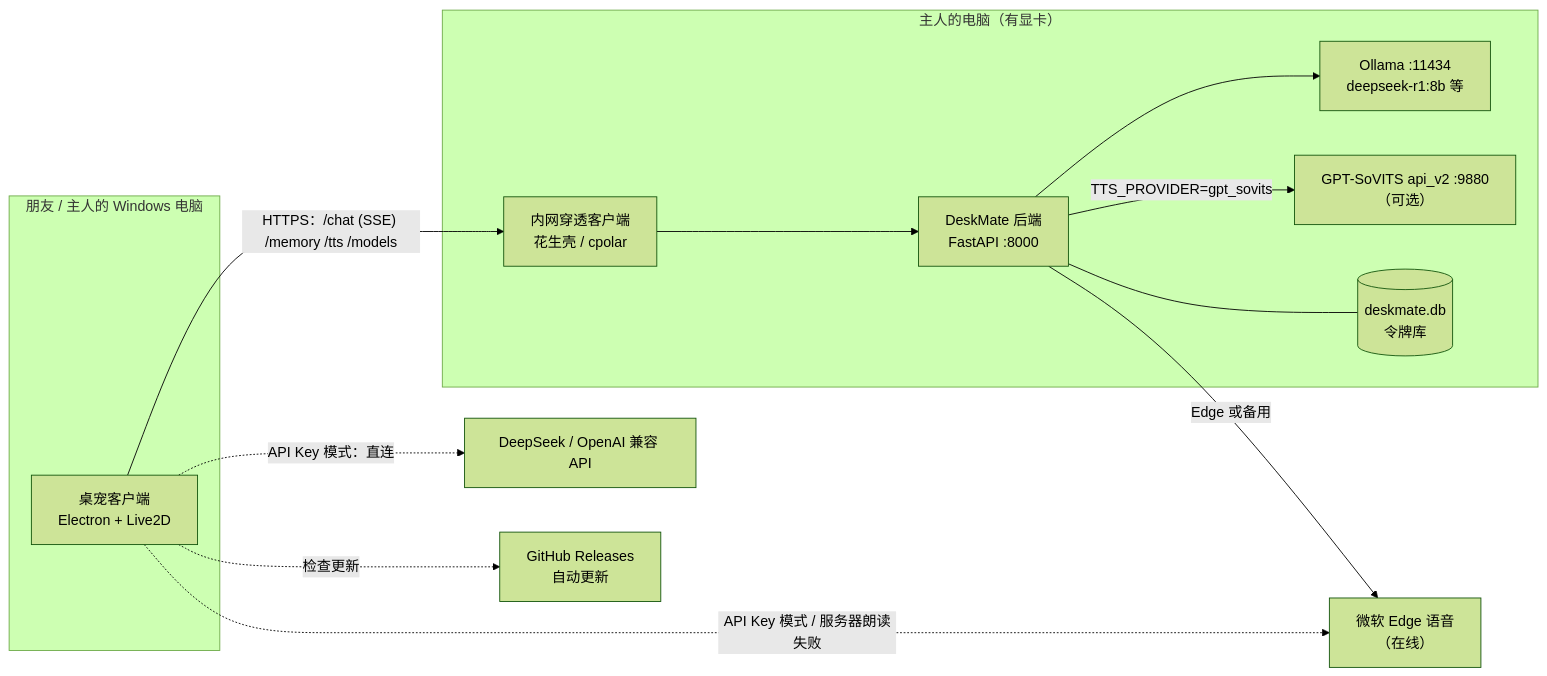
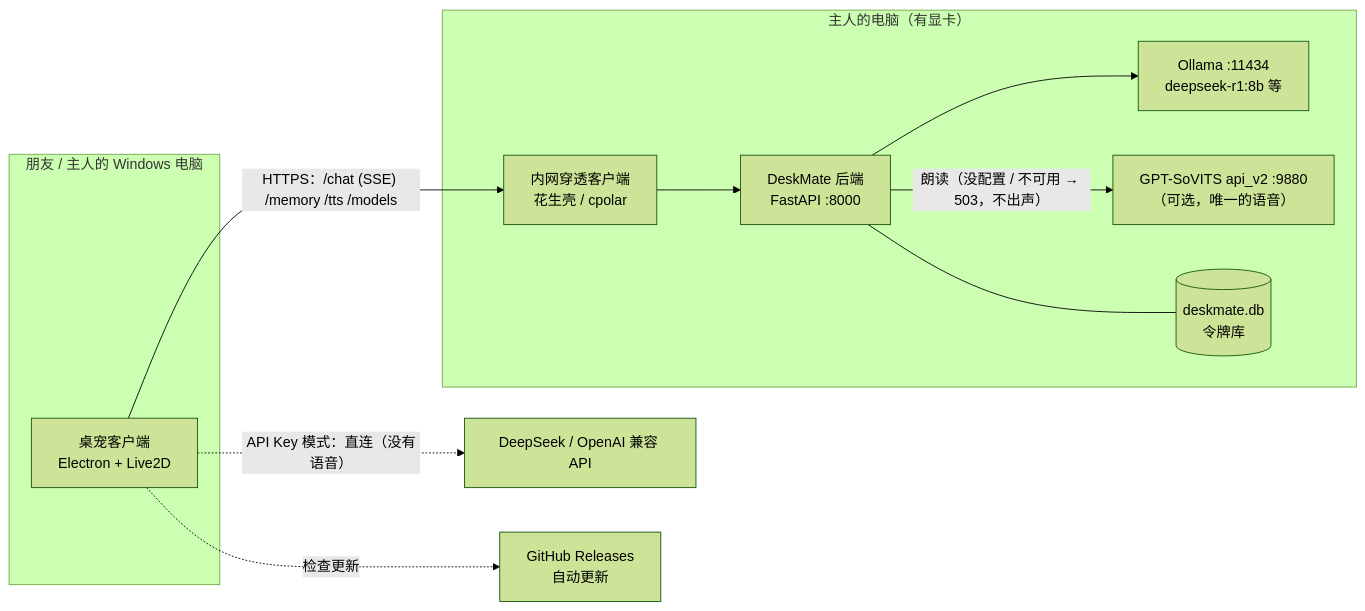
Before and after one commit to Mkerry12/DeepSeek-BoardMate: the first of 7 diagrams in doc/架构文档.md, drawn with Mermaid (forest theme). The commit also changed other lines of this file and 39 other files, not shown here.

First line of the commit message:
feat: 朗读只用 GPT-SoVITS，删除 Edge 语音和系统语音兜底 (#26)

````diff
--- a/doc/架构文档.md
+++ b/doc/架构文档.md
@@ -8,25 +8,22 @@
 ```mermaid
 flowchart LR
     subgraph Friend["朋友 / 主人的 Windows 电脑"]
         C["桌宠客户端<br/>Electron + Live2D"]
     end
     subgraph Owner["主人的电脑（有显卡）"]
         T["内网穿透客户端<br/>花生壳 / cpolar"]
         S["DeskMate 后端<br/>FastAPI :8000"]
         O["Ollama :11434<br/>deepseek-r1:8b 等"]
-        G["GPT-SoVITS api_v2 :9880<br/>（可选）"]
+        G["GPT-SoVITS api_v2 :9880<br/>（可选，唯一的语音）"]
         DB[("deskmate.db<br/>令牌库")]
     end
-    E["微软 Edge 语音<br/>（在线）"]
     D["DeepSeek / OpenAI 兼容 API"]
     GH["GitHub Releases<br/>自动更新"]
 
     C -- "HTTPS：/chat (SSE) /memory /tts /models" --> T --> S
     S --> O
-    S -- "TTS_PROVIDER=gpt_sovits" --> G
-    S -- "Edge 或备用" --> E
+    S -- "朗读（没配置 / 不可用 → 503，不出声）" --> G
     S --- DB
-    C -. "API Key 模式：直连" .-> D
-    C -. "API Key 模式 / 服务器朗读失败" .-> E
+    C -. "API Key 模式：直连（没有语音）" .-> D
     C -. "检查更新" .-> GH
 ```
````
